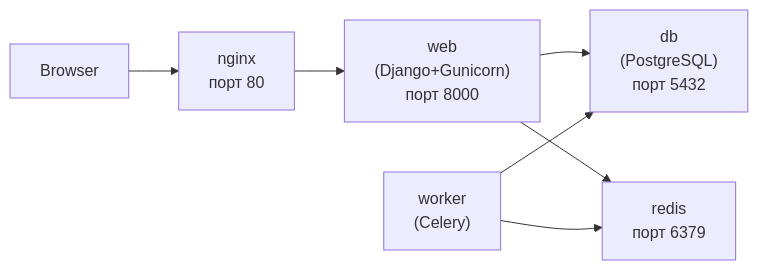
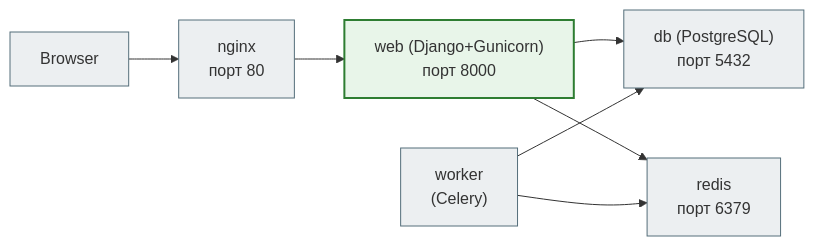
One commit to NikoriakViktot/notes_chat_app changed the diagram in docs/11_deployment/deploy_15_docker_compose_full.md. Above: the diagram before and after it, drawn with Mermaid. The commit also changed 441 other files, not shown here.

First line of the commit message:
Add English version of the book, Mermaid standard, docs fixes

````diff
--- a/docs/11_deployment/deploy_15_docker_compose_full.md
+++ b/docs/11_deployment/deploy_15_docker_compose_full.md
@@ -247,9 +247,14 @@
 ```mermaid
 flowchart LR
-    Browser["Browser"] --> Nginx["nginx\nпорт 80"]
-    Nginx --> Web["web\n(Django+Gunicorn)\nпорт 8000"]
-    Web --> DB["db\n(PostgreSQL)\nпорт 5432"]
-    Web --> Redis["redis\nпорт 6379"]
-    Worker["worker\n(Celery)"] --> DB
+    Browser["Browser"] --> Nginx["nginx<br>порт 80"]
+    Nginx --> Web["web (Django+Gunicorn)<br>порт 8000"]
+    Web --> DB["db (PostgreSQL)<br>порт 5432"]
+    Web --> Redis["redis<br>порт 6379"]
+    Worker["worker<br>(Celery)"] --> DB
     Worker --> Redis
+
+    classDef step     fill:#eceff1,stroke:#546e7a,stroke-width:1px;
+    classDef success  fill:#e8f5e9,stroke:#2e7d32,stroke-width:2px;
+    class Browser,Nginx,DB,Redis,Worker step;
+    class Web success;
 ```
````
